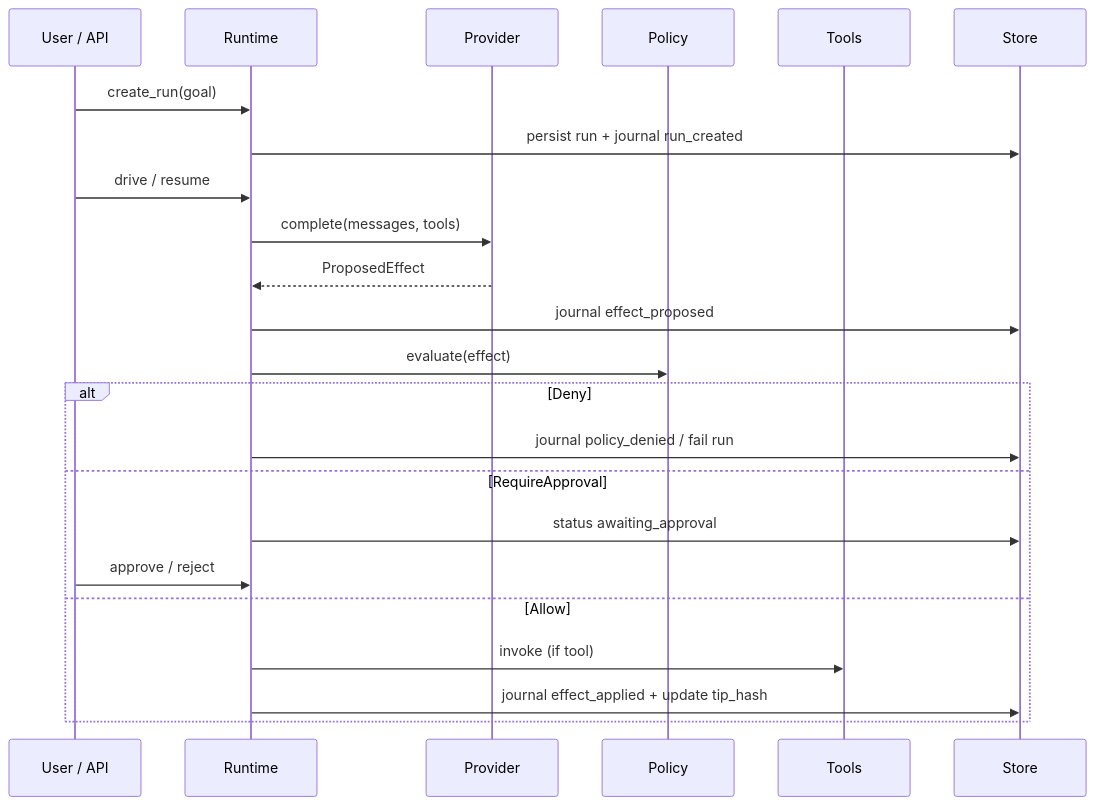
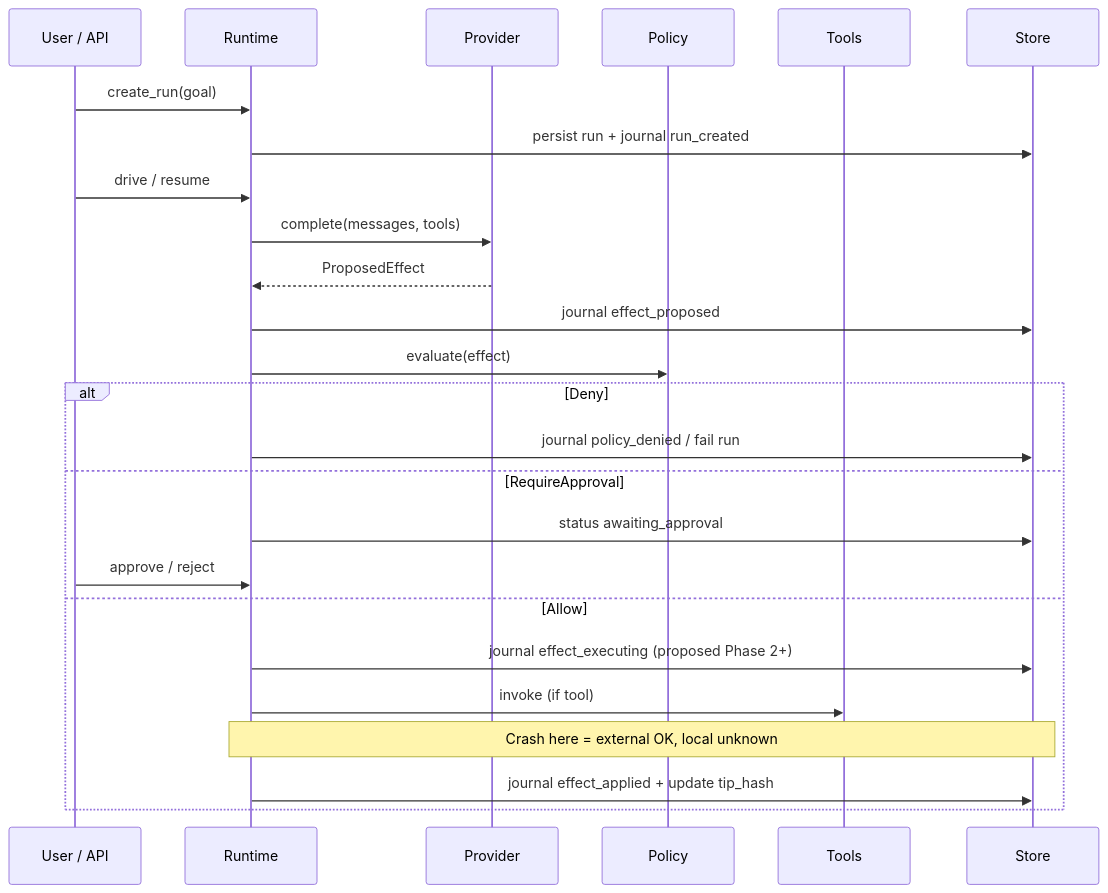
One commit to new-world-coder/agentos changed the diagram in docs/ARCHITECTURE.md. Above: the diagram before and after it, drawn with Mermaid. The commit also changed other lines of this file and 6 other files, not shown here.

````diff
--- a/docs/ARCHITECTURE.md
+++ b/docs/ARCHITECTURE.md
@@ -7,26 +7,28 @@
 ```mermaid
 sequenceDiagram
   participant U as User / API
   participant R as Runtime
   participant P as Provider
   participant Pol as Policy
   participant T as Tools
   participant S as Store
 
   U->>R: create_run(goal)
   R->>S: persist run + journal run_created
   U->>R: drive / resume
   R->>P: complete(messages, tools)
   P-->>R: ProposedEffect
   R->>S: journal effect_proposed
   R->>Pol: evaluate(effect)
   alt Deny
     R->>S: journal policy_denied / fail run
   else RequireApproval
     R->>S: status awaiting_approval
     U->>R: approve / reject
   else Allow
+    R->>S: journal effect_executing (proposed Phase 2+)
     R->>T: invoke (if tool)
+    Note over R,S: Crash here = external OK, local unknown
     R->>S: journal effect_applied + update tip_hash
   end
 ```
````
